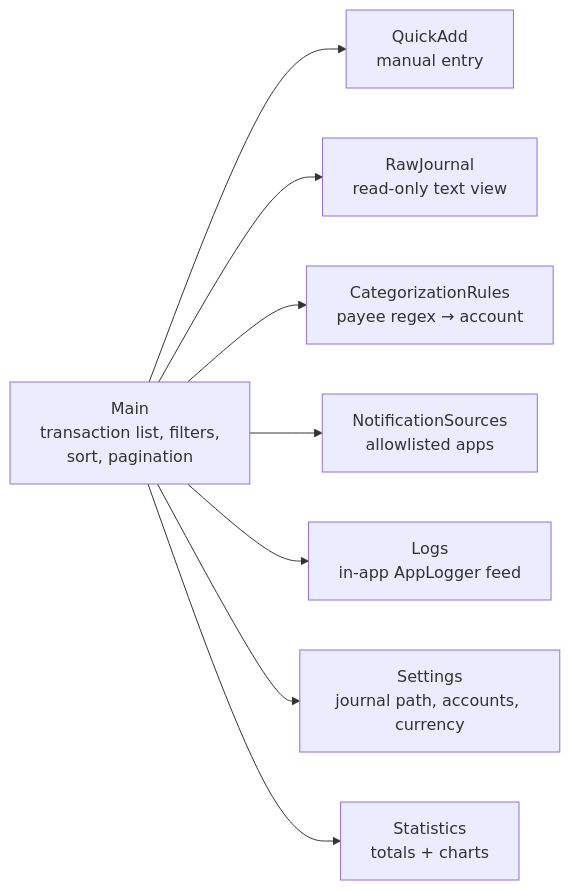
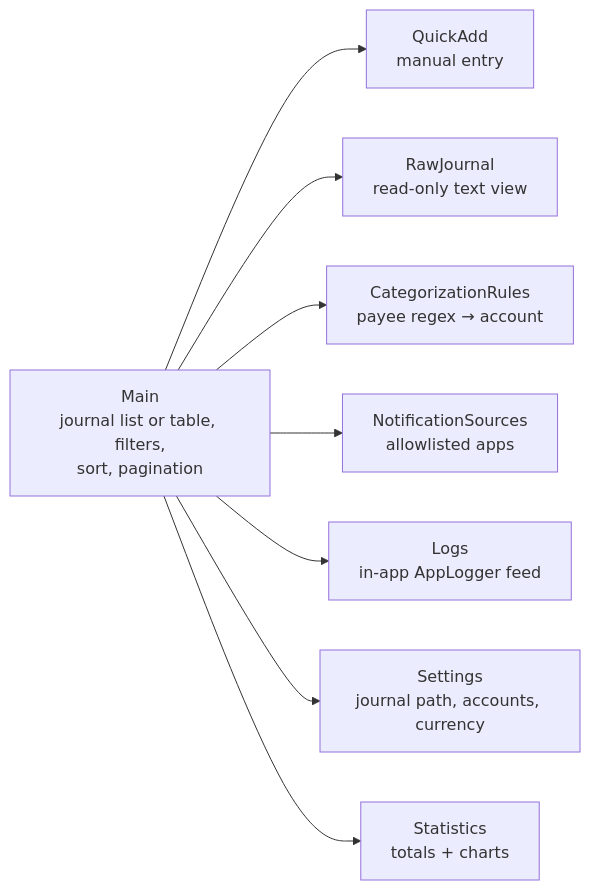
The seventh of 8 diagrams in docs/architecture.md (ukizet/NotifLedger), drawn with Mermaid before and after one commit. The commit also changed other lines of this file and 11 other files, not shown here.

First line of the commit message:
add a sortable table view to the main screen

````diff
--- a/docs/architecture.md
+++ b/docs/architecture.md
@@ -291,19 +307,19 @@
 ```mermaid
 flowchart LR
-    Main["Main<br/>transaction list, filters,<br/>sort, pagination"]
+    Main["Main<br/>journal list or table, filters,<br/>sort, pagination"]
     QuickAdd["QuickAdd<br/>manual entry"]
     RawJournal["RawJournal<br/>read-only text view"]
     Rules["CategorizationRules<br/>payee regex → account"]
     Sources["NotificationSources<br/>allowlisted apps"]
     Logs["Logs<br/>in-app AppLogger feed"]
     Settings["Settings<br/>journal path, accounts, currency"]
     Stats["Statistics<br/>totals + charts"]
 
     Main --> QuickAdd
     Main --> RawJournal
     Main --> Rules
     Main --> Sources
     Main --> Logs
     Main --> Settings
     Main --> Stats
 ```
````
